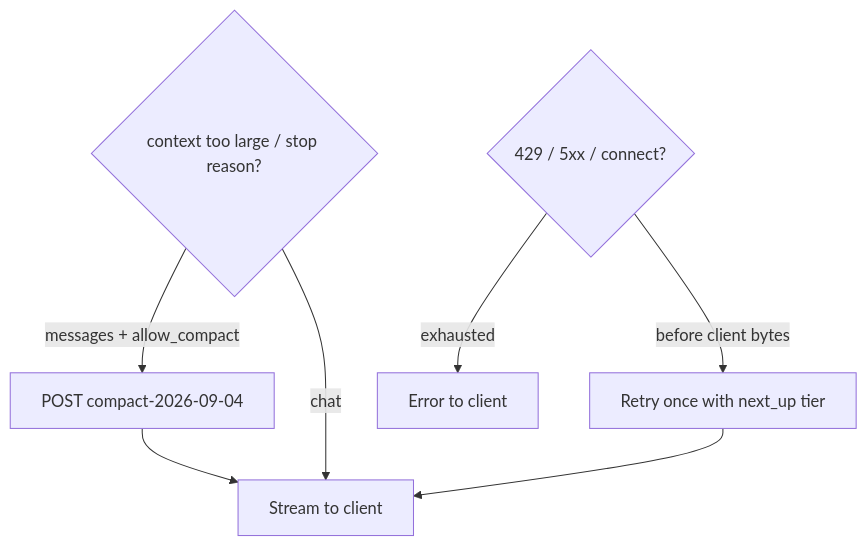
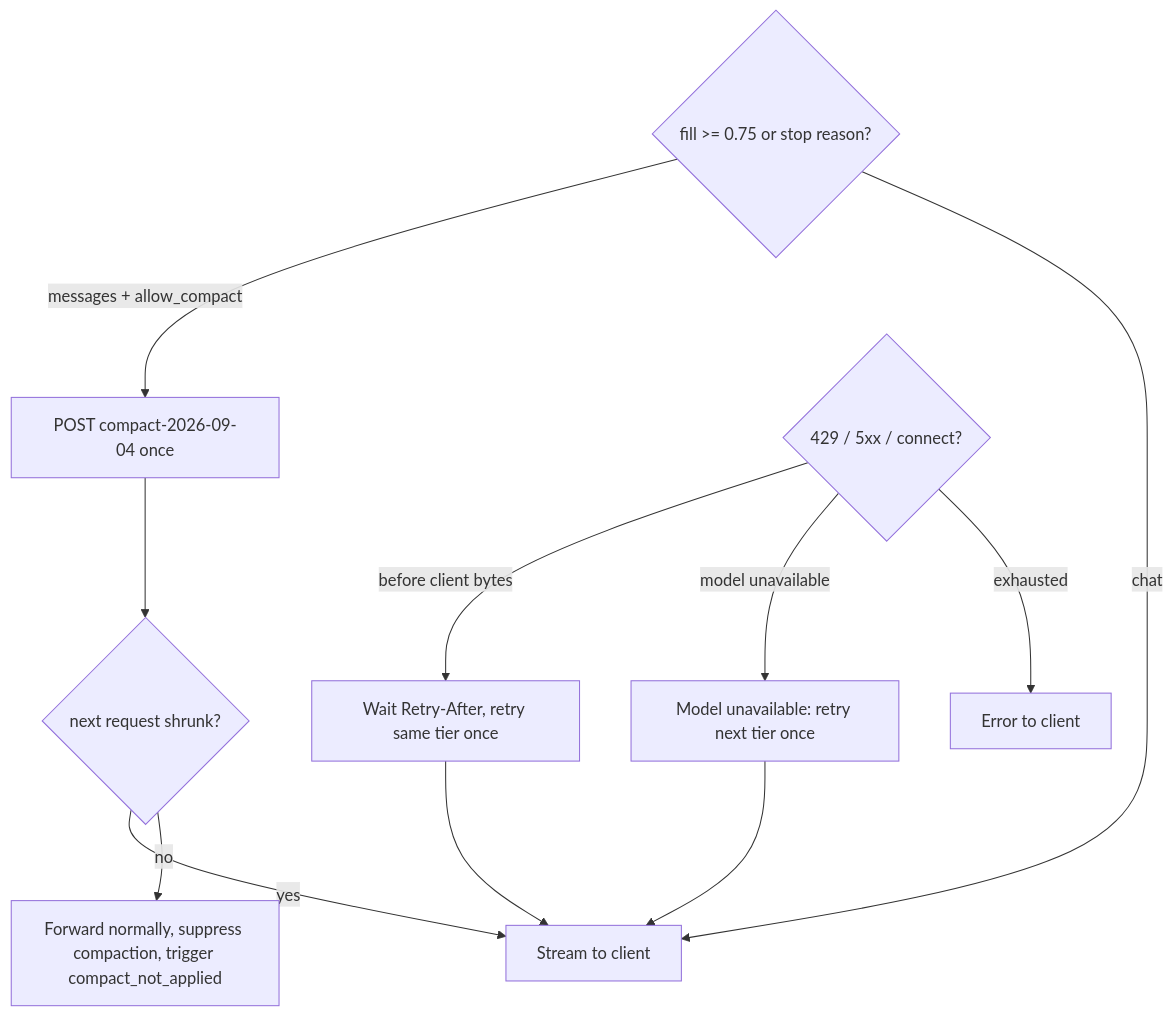
Before and after one commit to ndolinschi/Octo: the third of 3 diagrams in apps/router/docs/autoroute.md, drawn with Mermaid. The commit also changed other lines of this file and 36 other files, not shown here.

First line of the commit message:
fix(router): cost fixes — one-shot compaction, classifier fallback, bounded max_tokens, same-tier retry, budget by price, reported cost first

````diff
--- a/apps/router/docs/autoroute.md
+++ b/apps/router/docs/autoroute.md
@@ -101,14 +105,20 @@
 ```mermaid
 flowchart TD
-  overflow{context too large / stop reason?}
-  compact[POST compact-2026-09-04]
+  overflow{fill >= 0.75 or stop reason?}
+  compact[POST compact-2026-09-04 once]
   ok[Stream to client]
+  unapplied{next request shrunk?}
+  fwd[Forward normally, suppress compaction, trigger compact_not_applied]
   fail{429 / 5xx / connect?}
-  up[Retry once with next_up tier]
+  same[Wait Retry-After, retry same tier once]
+  up[Model unavailable: retry next tier once]
   err[Error to client]
 
-  overflow -->|messages + allow_compact| compact --> ok
+  overflow -->|messages + allow_compact| compact --> unapplied
+  unapplied -->|yes| ok
+  unapplied -->|no| fwd
   overflow -->|chat| ok
-  fail -->|before client bytes| up --> ok
+  fail -->|before client bytes| same --> ok
+  fail -->|model unavailable| up --> ok
   fail -->|exhausted| err
 ```
````
